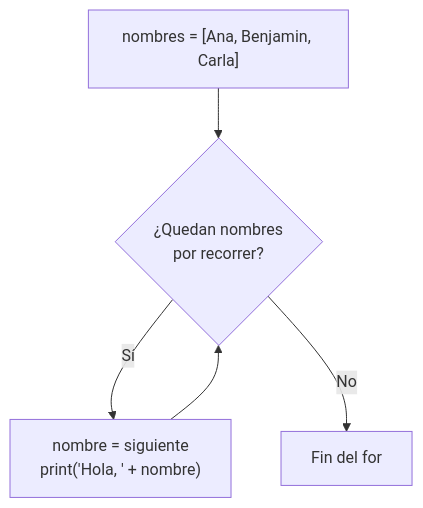
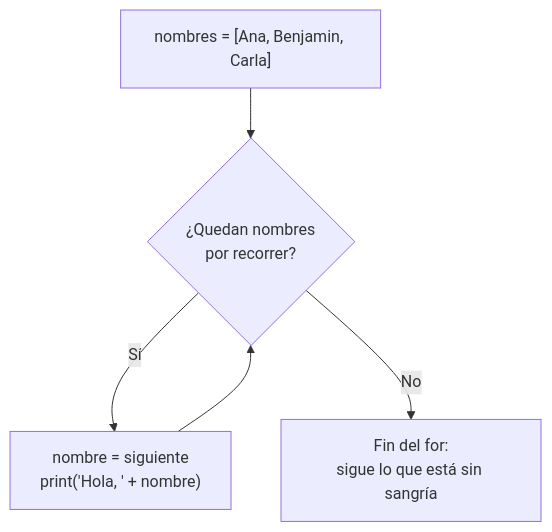
Before and after one commit to BenjaminGhiggo/aprendiendo-ddd-con-python-y-fastapi: the first of 2 diagrams in lecciones/03-bucles/README.md, drawn with Mermaid. The commit also changed other lines of this file and 20 other files, not shown here.

````diff
--- a/lecciones/03-bucles/README.md
+++ b/lecciones/03-bucles/README.md
@@ -33,7 +102,7 @@
 ```mermaid
 flowchart TD
     A["nombres = [Ana, Benjamin, Carla]"] --> B{"¿Quedan nombres<br/>por recorrer?"}
     B -- "Sí" --> C["nombre = siguiente<br/>print('Hola, ' + nombre)"]
     C --> B
-    B -- "No" --> D["Fin del for"]
+    B -- "No" --> D["Fin del for:<br/>sigue lo que está sin sangría"]
 ```
````
